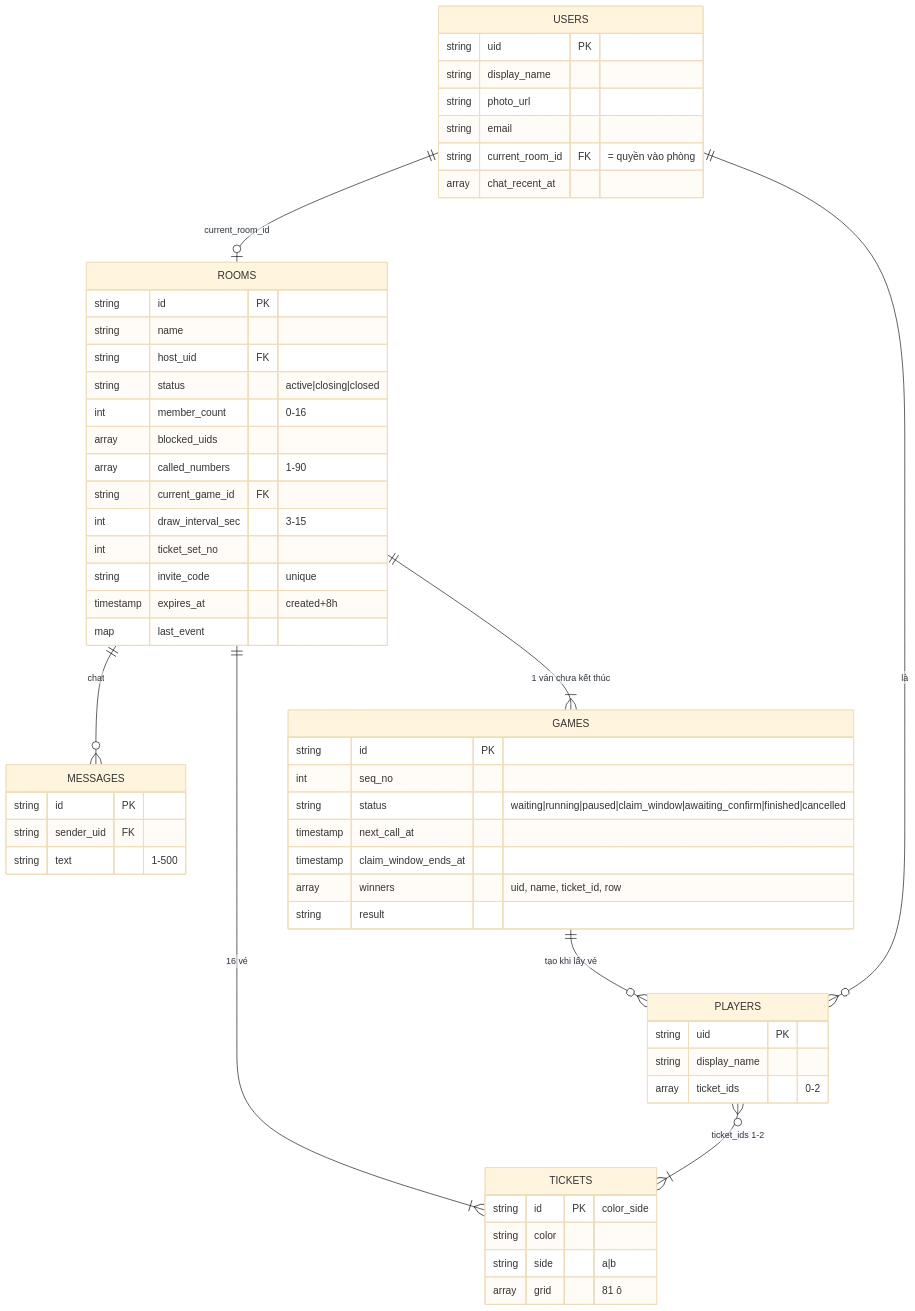
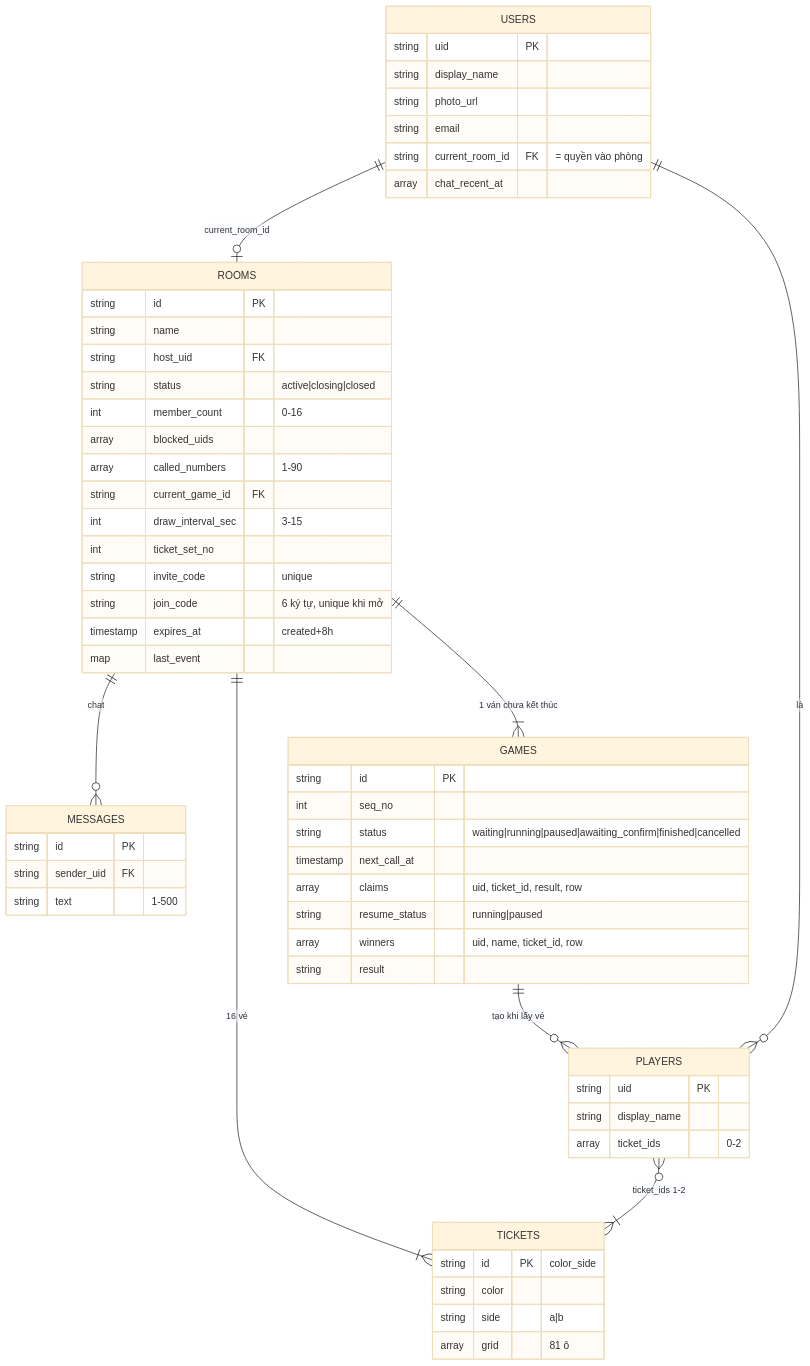
The diagram in specs/database-design.md (Thachdong/loto), drawn with Mermaid (base theme) before and after one commit. The commit also changed other lines of this file and 22 other files, not shown here.

Commit message:
feat(specs): add room code, host-leave-closes, host-approve-claim (Q-055..Q-058)

````diff
--- a/specs/database-design.md
+++ b/specs/database-design.md
@@ -41,59 +41,61 @@
 ```mermaid
 erDiagram
   USERS ||--o| ROOMS : "current_room_id"
   ROOMS ||--|{ TICKETS : "16 vé"
   ROOMS ||--o{ MESSAGES : "chat"
   ROOMS ||--|{ GAMES : "1 ván chưa kết thúc"
   GAMES ||--o{ PLAYERS : "tạo khi lấy vé"
   PLAYERS }o--|{ TICKETS : "ticket_ids 1-2"
   USERS ||--o{ PLAYERS : "là"
 
   USERS {
     string uid PK
     string display_name
     string photo_url
     string email
     string current_room_id FK "= quyền vào phòng"
     array chat_recent_at
   }
   ROOMS {
     string id PK
     string name
     string host_uid FK
     string status "active|closing|closed"
     int member_count "0-16"
     array blocked_uids
     array called_numbers "1-90"
     string current_game_id FK
     int draw_interval_sec "3-15"
     int ticket_set_no
     string invite_code "unique"
+    string join_code "6 ký tự, unique khi mở"
     timestamp expires_at "created+8h"
     map last_event
   }
   TICKETS {
     string id PK "color_side"
     string color
     string side "a|b"
     array grid "81 ô"
   }
   MESSAGES {
     string id PK
     string sender_uid FK
     string text "1-500"
   }
   GAMES {
     string id PK
     int seq_no
-    string status "waiting|running|paused|claim_window|awaiting_confirm|finished|cancelled"
+    string status "waiting|running|paused|awaiting_confirm|finished|cancelled"
     timestamp next_call_at
-    timestamp claim_window_ends_at
+    array claims "uid, ticket_id, result, row"
+    string resume_status "running|paused"
     array winners "uid, name, ticket_id, row"
     string result
   }
   PLAYERS {
     string uid PK
     string display_name
     array ticket_ids "0-2"
   }
 ```
````
